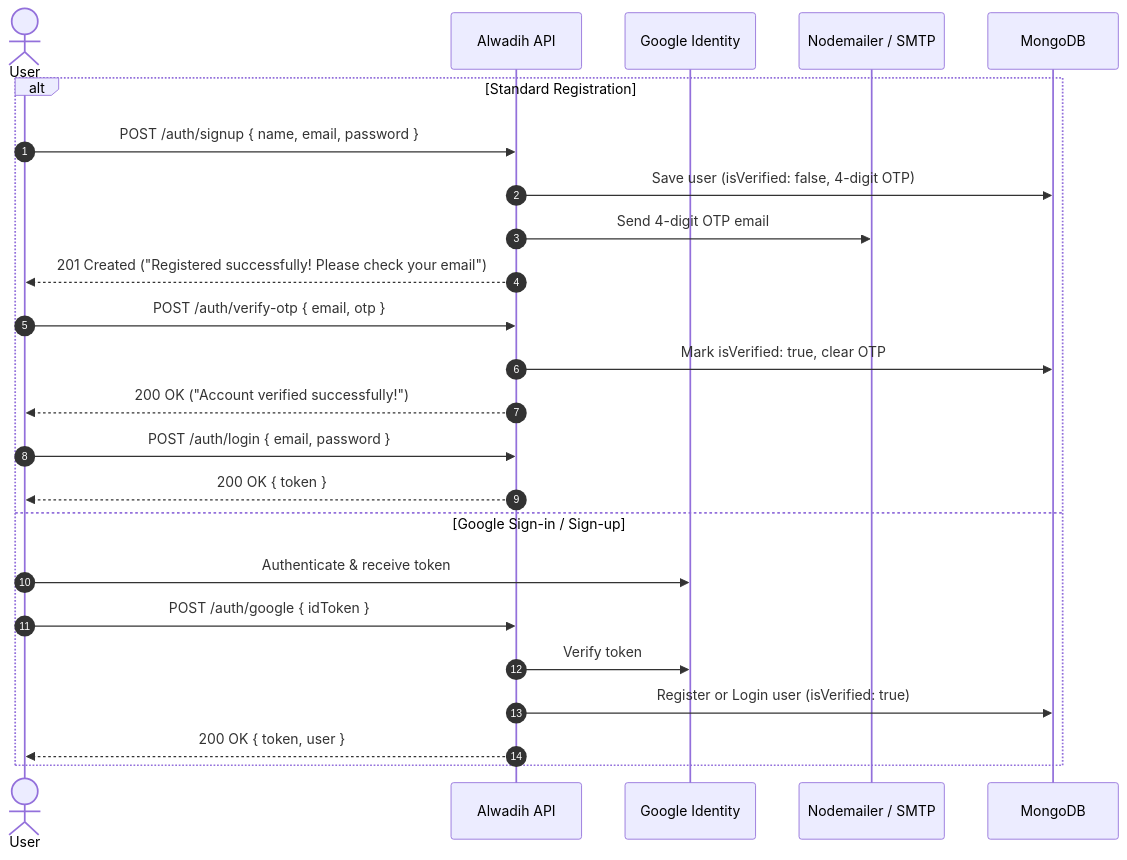
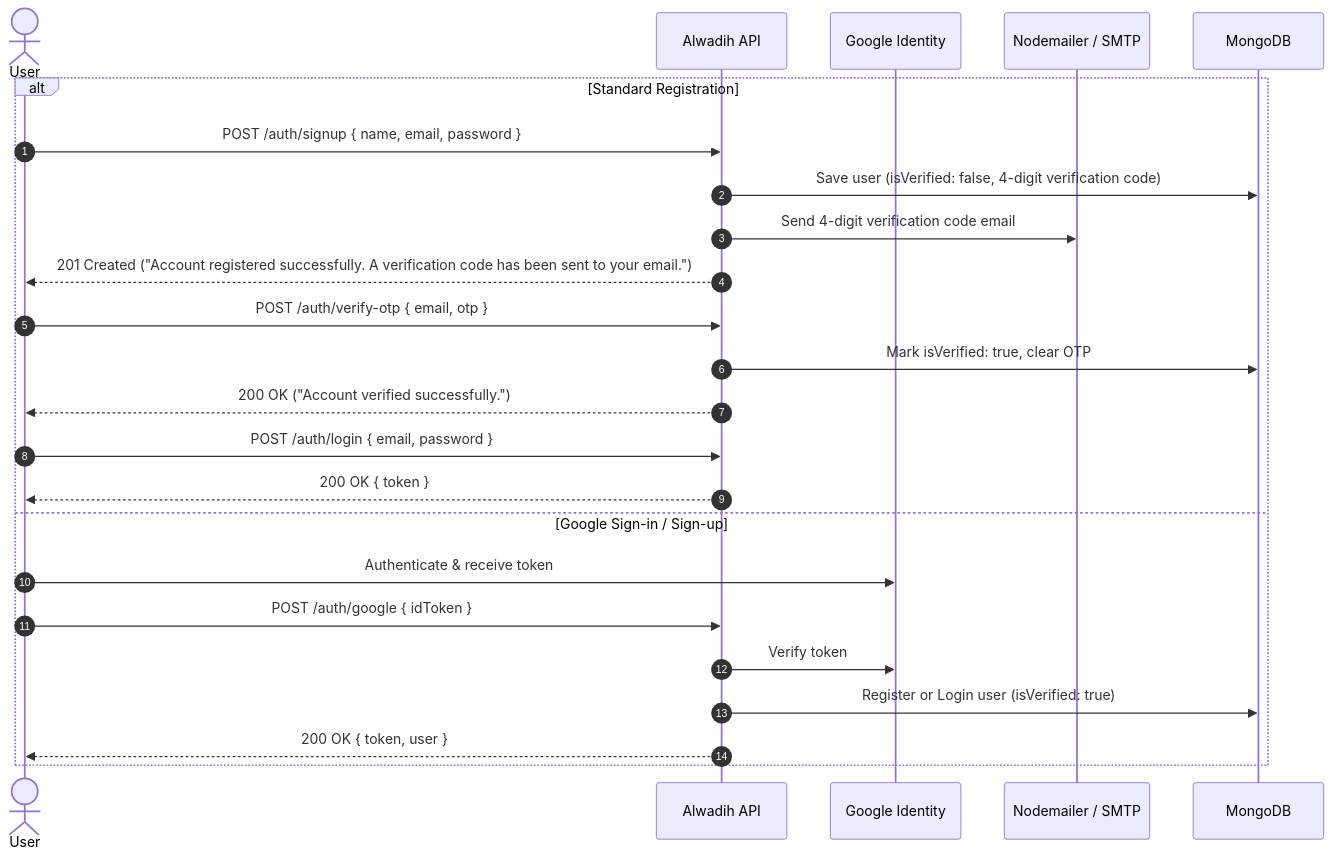
The first of 2 diagrams in API_DOCUMENTATION.md (AliElsese/Alwadih), drawn with Mermaid before and after one commit. The commit also changed other lines of this file and 11 other files, not shown here.

Commit message:
refactor(messages): standardize all success, error, and validation messages across auth flow

````diff
--- a/API_DOCUMENTATION.md
+++ b/API_DOCUMENTATION.md
@@ -54,27 +54,27 @@
 ```mermaid
 sequenceDiagram
     autonumber
     actor User
     participant API as Alwadih API
     participant Google as Google Identity
     participant Mail as Nodemailer / SMTP
     participant DB as MongoDB
 
     alt Standard Registration
         User->>API: POST /auth/signup { name, email, password }
-        API->>DB: Save user (isVerified: false, 4-digit OTP)
-        API->>Mail: Send 4-digit OTP email
-        API-->>User: 201 Created ("Registered successfully! Please check your email")
+        API->>DB: Save user (isVerified: false, 4-digit verification code)
+        API->>Mail: Send 4-digit verification code email
+        API-->>User: 201 Created ("Account registered successfully. A verification code has been sent to your email.")
         User->>API: POST /auth/verify-otp { email, otp }
         API->>DB: Mark isVerified: true, clear OTP
-        API-->>User: 200 OK ("Account verified successfully!")
+        API-->>User: 200 OK ("Account verified successfully.")
         User->>API: POST /auth/login { email, password }
         API-->>User: 200 OK { token }
     else Google Sign-in / Sign-up
         User->>Google: Authenticate & receive token
         User->>API: POST /auth/google { idToken }
         API->>Google: Verify token
         API->>DB: Register or Login user (isVerified: true)
         API-->>User: 200 OK { token, user }
     end
 ```
````
